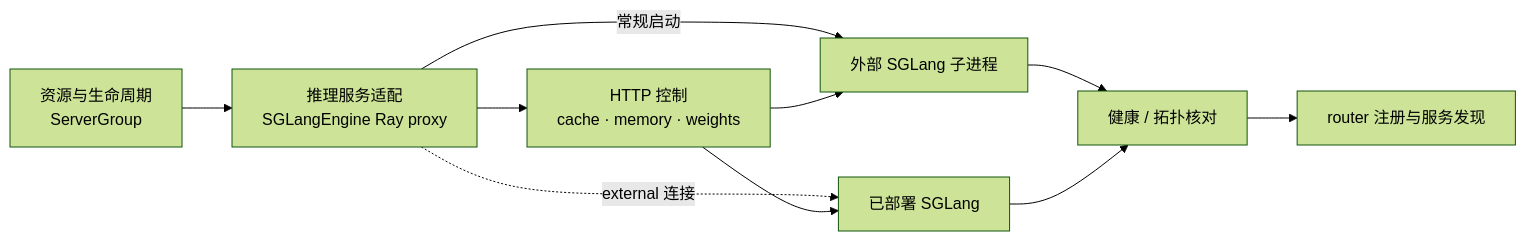
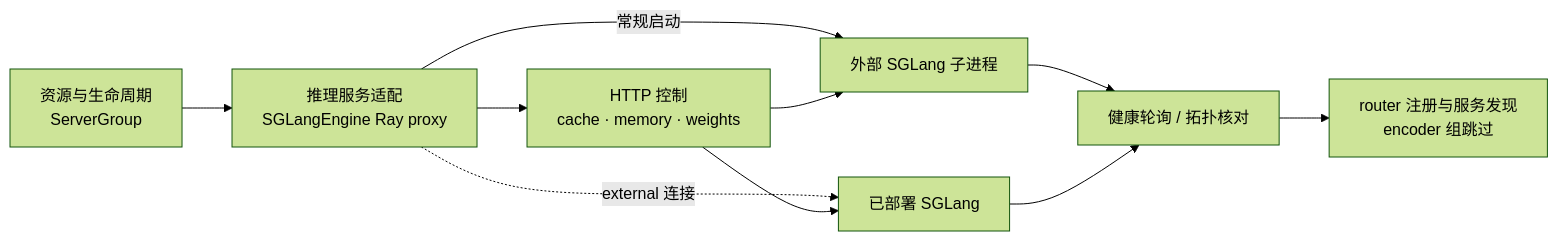
The eighth of 11 diagrams in wiki/02_engineering/04_posttrain_frameworks/slime/01_slime_architecture_overview_analysis.md (suhaibo666/llm-knowledge), drawn with Mermaid (forest theme) before and after one commit. The commit also changed other lines of this file and 223 other files, not shown here.

````diff
--- a/wiki/02_engineering/04_posttrain_frameworks/slime/01_slime_architecture_overview_analysis.md
+++ b/wiki/02_engineering/04_posttrain_frameworks/slime/01_slime_architecture_overview_analysis.md
@@ -337,12 +398,12 @@
 ```mermaid
 flowchart LR
     Group["资源与生命周期<br/>ServerGroup"] --> Proxy["推理服务适配<br/>SGLangEngine Ray proxy"]
     Proxy -->|常规启动| Child["外部 SGLang 子进程"]
     Proxy -.->|external 连接| Existing["已部署 SGLang"]
-    Child --> Health["健康 / 拓扑核对"]
+    Child --> Health["健康轮询 / 拓扑核对"]
     Existing --> Health
-    Health --> Router["router 注册与服务发现"]
+    Health --> Router["router 注册与服务发现<br/>encoder 组跳过"]
     Proxy --> Control["HTTP 控制<br/>cache · memory · weights"]
     Control --> Child
     Control --> Existing
 ```
````
